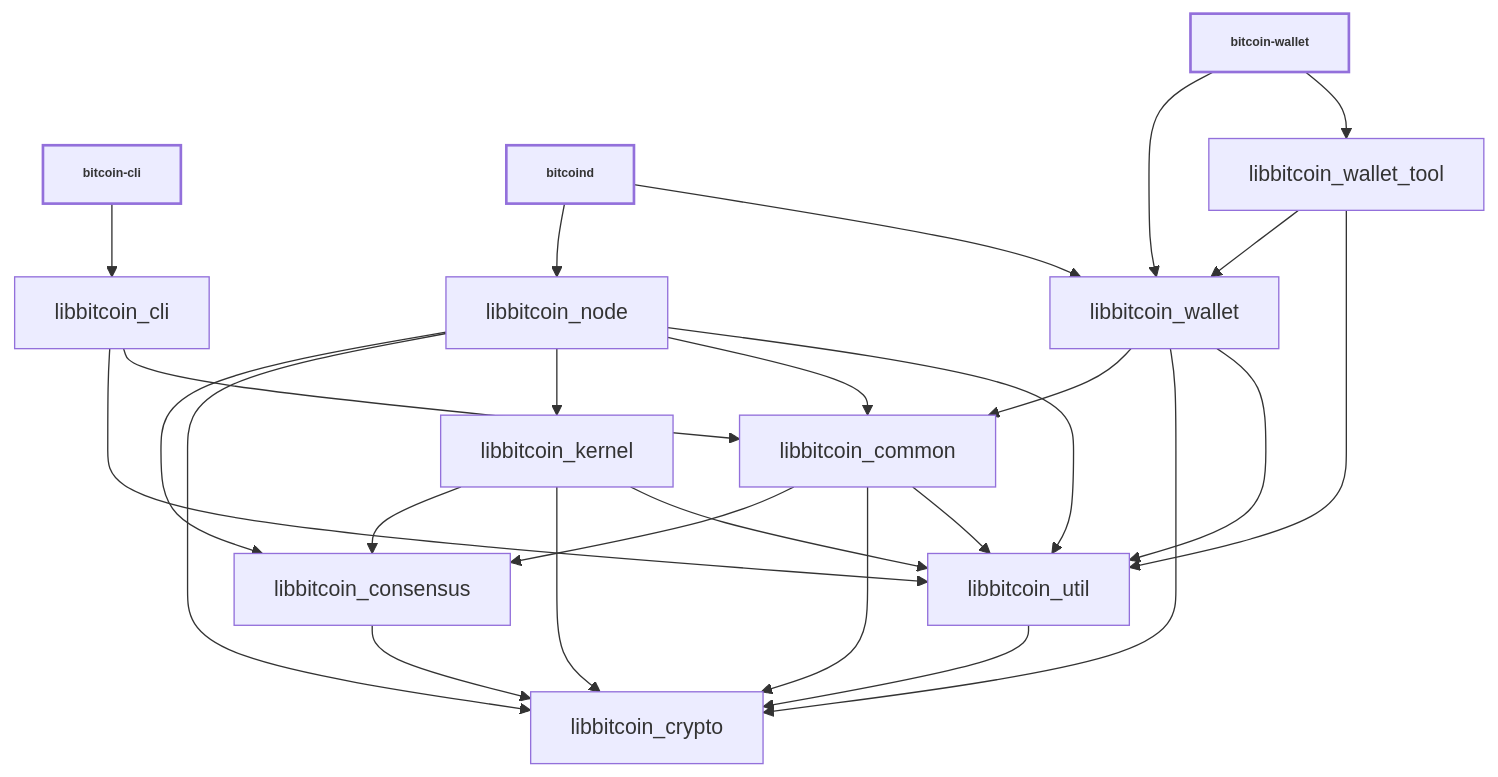
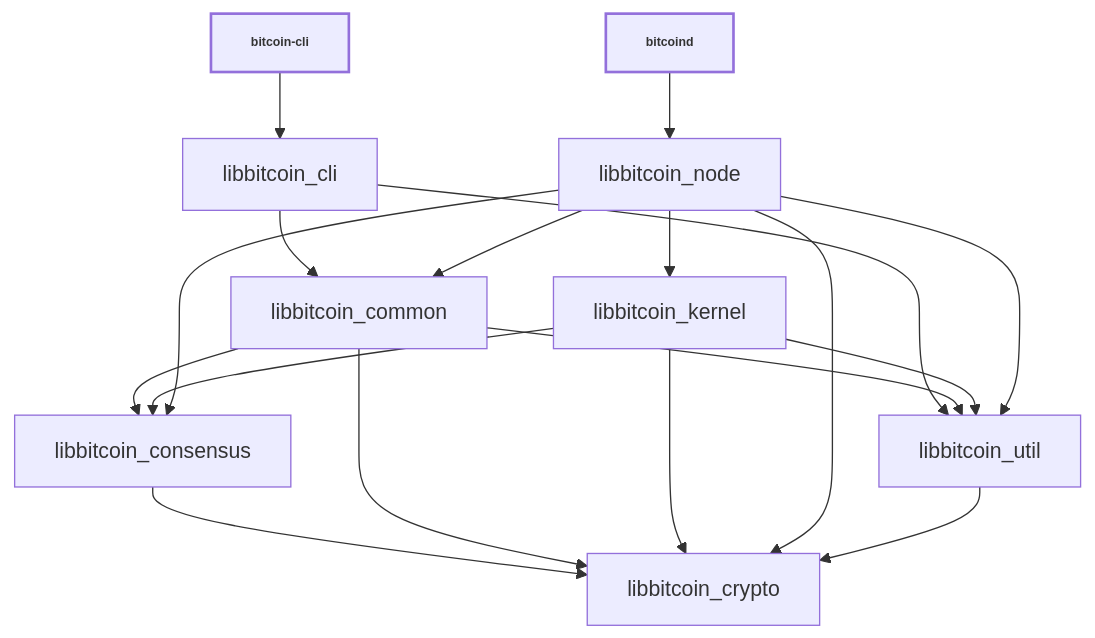
One commit to Sjors/bitcoin changed the diagram in doc/design/libraries.md. Above: the diagram before and after it, drawn with Mermaid. The commit also changed other lines of this file and 141 other files, not shown here.

````diff
--- a/doc/design/libraries.md
+++ b/doc/design/libraries.md
@@ -36,45 +33,34 @@
 ```mermaid
 
 %%{ init : { "flowchart" : { "curve" : "basis" }}}%%
 
 graph TD;
 
 bitcoin-cli[bitcoin-cli]-->libbitcoin_cli;
 
 bitcoind[bitcoind]-->libbitcoin_node;
-bitcoind[bitcoind]-->libbitcoin_wallet;
-
-bitcoin-wallet[bitcoin-wallet]-->libbitcoin_wallet;
-bitcoin-wallet[bitcoin-wallet]-->libbitcoin_wallet_tool;
 
 libbitcoin_cli-->libbitcoin_util;
 libbitcoin_cli-->libbitcoin_common;
 
 libbitcoin_consensus-->libbitcoin_crypto;
 
 libbitcoin_common-->libbitcoin_consensus;
 libbitcoin_common-->libbitcoin_crypto;
 libbitcoin_common-->libbitcoin_util;
 
 libbitcoin_kernel-->libbitcoin_consensus;
 libbitcoin_kernel-->libbitcoin_crypto;
 libbitcoin_kernel-->libbitcoin_util;
 
 libbitcoin_node-->libbitcoin_consensus;
 libbitcoin_node-->libbitcoin_crypto;
 libbitcoin_node-->libbitcoin_kernel;
 libbitcoin_node-->libbitcoin_common;
 libbitcoin_node-->libbitcoin_util;
 
 libbitcoin_util-->libbitcoin_crypto;
 
-libbitcoin_wallet-->libbitcoin_common;
-libbitcoin_wallet-->libbitcoin_crypto;
-libbitcoin_wallet-->libbitcoin_util;
-
-libbitcoin_wallet_tool-->libbitcoin_wallet;
-libbitcoin_wallet_tool-->libbitcoin_util;
-
 classDef bold stroke-width:2px, font-weight:bold, font-size: smaller;
-class bitcoind,bitcoin-cli,bitcoin-wallet bold
+class bitcoind,bitcoin-cli bold
 ```
````
